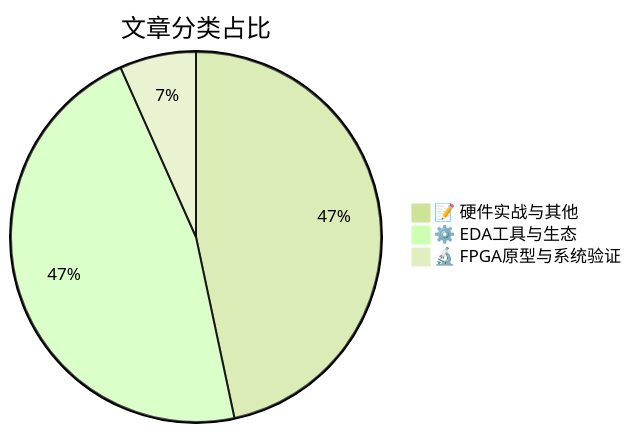
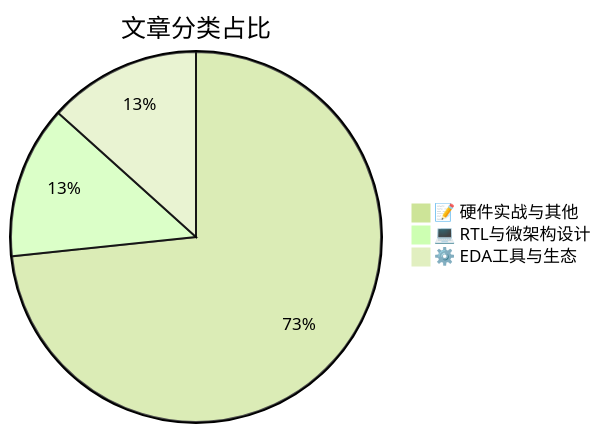
The diagram in public/digest.md (casparlin/fpga-daily-digest), drawn with Mermaid (forest theme) before and after one commit. The commit also changed other lines of this file and 1 other file, not shown here.

````diff
--- a/public/digest.md
+++ b/public/digest.md
@@ -43,6 +41,6 @@
 ```mermaid
 pie title 文章分类占比
-  "📝 硬件实战与其他" : 7
-  "⚙️ EDA工具与生态" : 7
-  "🔬 FPGA原型与系统验证" : 1
+  "📝 硬件实战与其他" : 11
+  "💻 RTL与微架构设计" : 2
+  "⚙️ EDA工具与生态" : 2
 ```
````
